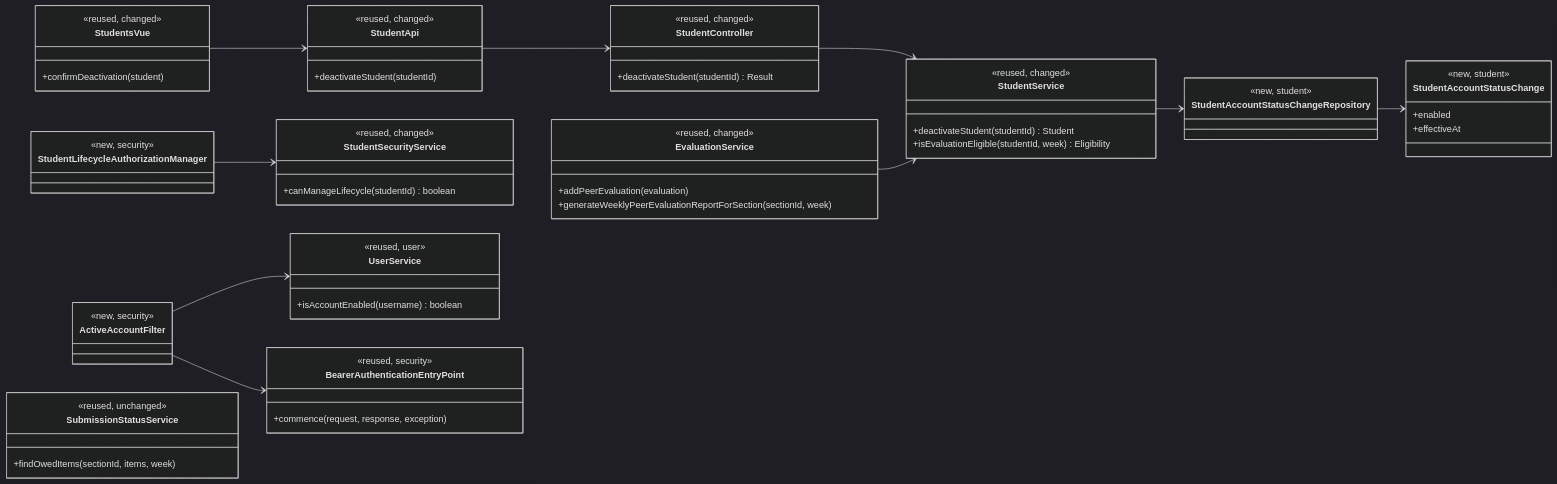
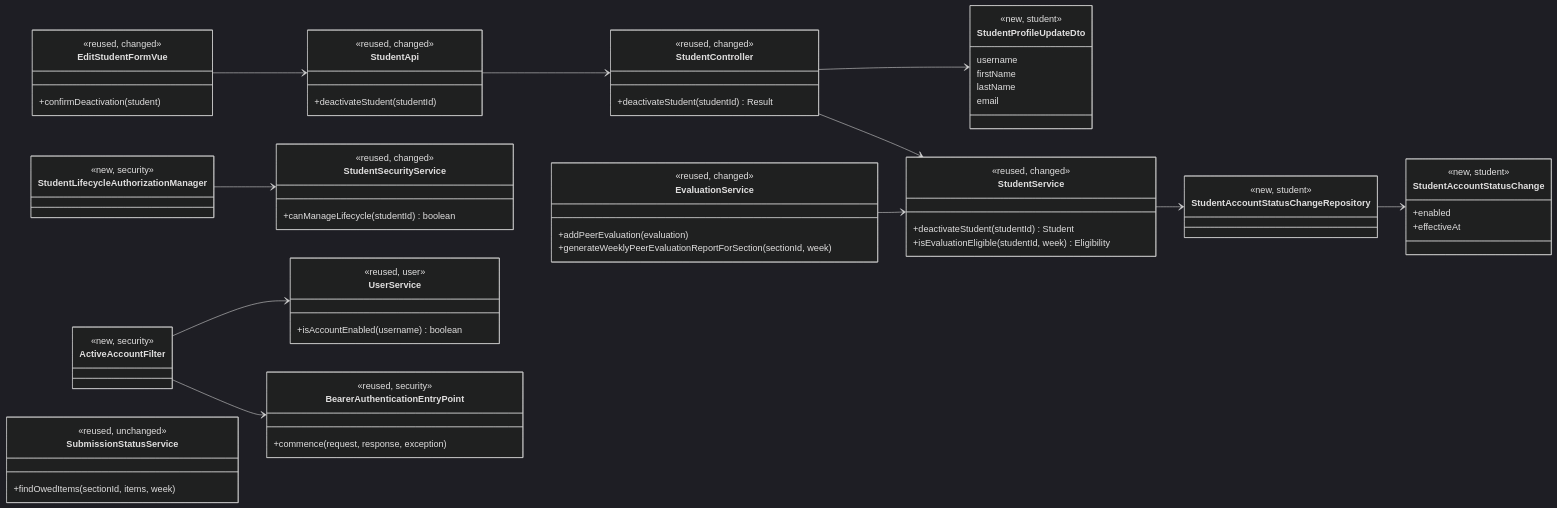
Before and after one commit to amercado9/add-a-use-case: the first of 5 diagrams in docs/design/stu.md, drawn with Mermaid (dark theme). The commit also changed other lines of this file and 1 other file, not shown here.

````diff
--- a/docs/design/stu.md
+++ b/docs/design/stu.md
@@ -14,66 +14,74 @@
 ```mermaid
 classDiagram
     direction LR
-    class StudentsVue {
+    class EditStudentFormVue {
         <<reused, changed>>
         +confirmDeactivation(student)
+    }
+    class StudentProfileUpdateDto {
+        <<new, student>>
+        username
+        firstName
+        lastName
+        email
     }
     class StudentApi {
         <<reused, changed>>
         +deactivateStudent(studentId)
     }
     class StudentController {
         <<reused, changed>>
         +deactivateStudent(studentId) Result
     }
     class StudentService {
         <<reused, changed>>
         +deactivateStudent(studentId) Student
         +isEvaluationEligible(studentId, week) Eligibility
     }
     class StudentAccountStatusChange {
         <<new, student>>
         +enabled
         +effectiveAt
     }
     class StudentAccountStatusChangeRepository {
         <<new, student>>
     }
     class StudentLifecycleAuthorizationManager {
         <<new, security>>
     }
     class StudentSecurityService {
         <<reused, changed>>
         +canManageLifecycle(studentId) boolean
     }
     class ActiveAccountFilter {
         <<new, security>>
     }
     class UserService {
         <<reused, user>>
         +isAccountEnabled(username) boolean
     }
     class BearerAuthenticationEntryPoint {
         <<reused, security>>
         +commence(request, response, exception)
     }
     class EvaluationService {
         <<reused, changed>>
         +addPeerEvaluation(evaluation)
         +generateWeeklyPeerEvaluationReportForSection(sectionId, week)
     }
     class SubmissionStatusService {
         <<reused, unchanged>>
         +findOwedItems(sectionId, items, week)
     }
 
-    StudentsVue --> StudentApi
+    EditStudentFormVue --> StudentApi
     StudentApi --> StudentController
     StudentController --> StudentService
+    StudentController --> StudentProfileUpdateDto
     StudentLifecycleAuthorizationManager --> StudentSecurityService
     ActiveAccountFilter --> UserService
     ActiveAccountFilter --> BearerAuthenticationEntryPoint
     StudentService --> StudentAccountStatusChangeRepository
     StudentAccountStatusChangeRepository --> StudentAccountStatusChange
     EvaluationService --> StudentService
 ```
````
